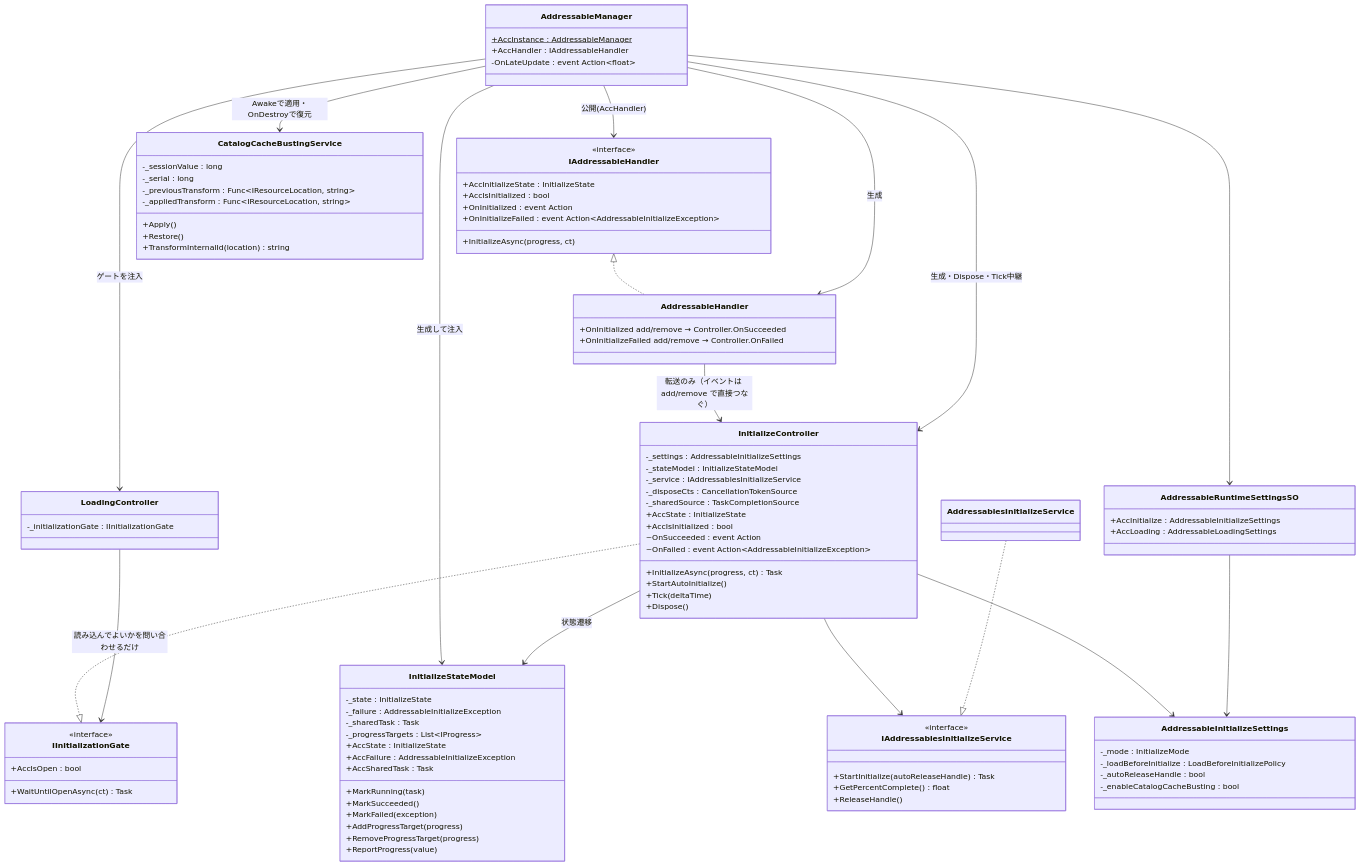
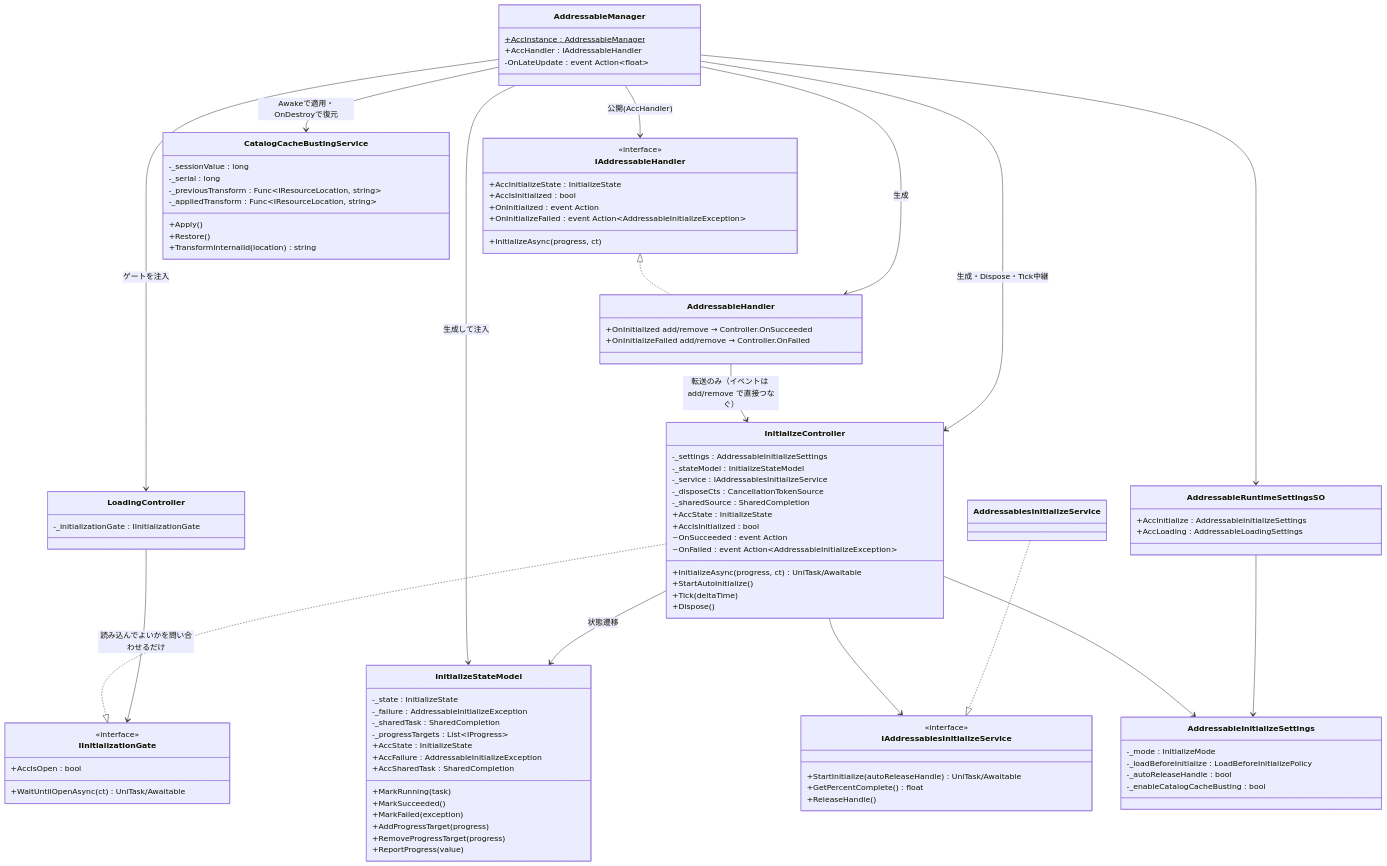
The first of 2 diagrams in src/AddressableManager/Docs/diagrams/initialize-class.md (MAH-Lib/MAH-AddressableManager), drawn with Mermaid before and after one commit. The commit also changed 13 other files, not shown here.

```diff
--- a/src/AddressableManager/Docs/diagrams/initialize-class.md
+++ b/src/AddressableManager/Docs/diagrams/initialize-class.md
@@ -31,12 +31,12 @@
         -_stateModel : InitializeStateModel
         -_service : IAddressablesInitializeService
         -_disposeCts : CancellationTokenSource
-        -_sharedSource : TaskCompletionSource
+        -_sharedSource : SharedCompletion
         +AccState : InitializeState
         +AccIsInitialized : bool
         ~OnSucceeded : event Action
         ~OnFailed : event Action~AddressableInitializeException~
-        +InitializeAsync(progress, ct) Task
+        +InitializeAsync(progress, ct) UniTask/Awaitable
         +StartAutoInitialize()
         +Tick(deltaTime)
         +Dispose()
@@ -44,11 +44,11 @@
     class InitializeStateModel {
         -_state : InitializeState
         -_failure : AddressableInitializeException
-        -_sharedTask : Task
+        -_sharedTask : SharedCompletion
         -_progressTargets : List~IProgress~
         +AccState : InitializeState
         +AccFailure : AddressableInitializeException
-        +AccSharedTask : Task
+        +AccSharedTask : SharedCompletion
         +MarkRunning(task)
         +MarkSucceeded()
         +MarkFailed(exception)
@@ -59,11 +59,11 @@
     class IInitializationGate {
         <<interface>>
         +AccIsOpen : bool
-        +WaitUntilOpenAsync(ct) Task
+        +WaitUntilOpenAsync(ct) UniTask/Awaitable
     }
     class IAddressablesInitializeService {
         <<interface>>
-        +StartInitialize(autoReleaseHandle) Task
+        +StartInitialize(autoReleaseHandle) UniTask/Awaitable
         +GetPercentComplete() float
         +ReleaseHandle()
     }
```
